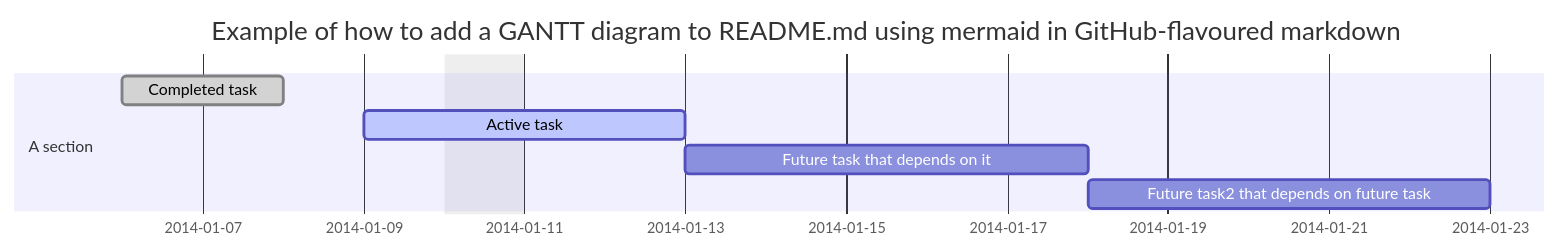
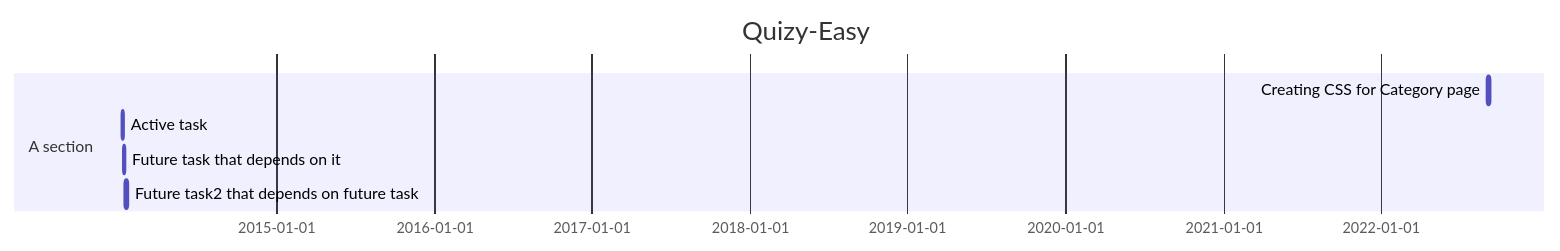
One commit to arkadiyshin/quizy-easy changed the diagram in README.md. Above: the diagram before and after it, drawn with Mermaid.

````diff
--- a/README.md
+++ b/README.md
@@ -1,14 +1,14 @@
 ```mermaid
 
 gantt
 dateFormat  YYYY-MM-DD
-title Example of how to add a GANTT diagram to README.md using mermaid in GitHub-flavoured markdown
-excludes weekdays 2014-01-10
+title Quizy-Easy
+excludes weekdays 2022-09-05
 
 section A section
-Completed task            :done,    des1, 2014-01-06,2014-01-08
+Creating CSS for Category page            :active,    des1, 2022-09-05, 2022-09-11
 Active task               :active,  des2, 2014-01-09, 3d
 Future task that depends on it              :         des3, after des2, 5d
 Future task2 that depends on future task              :         des4, after des3, 5d
 
 ```
````
